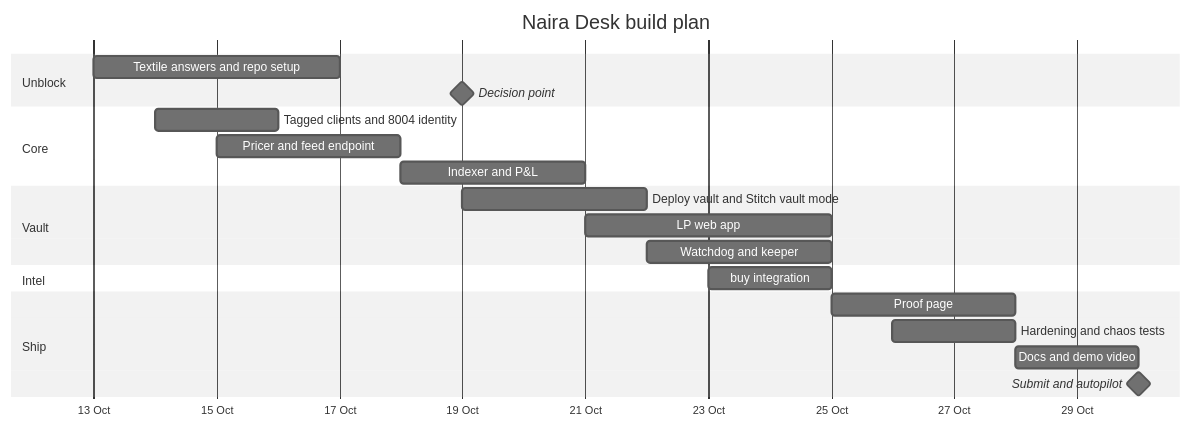
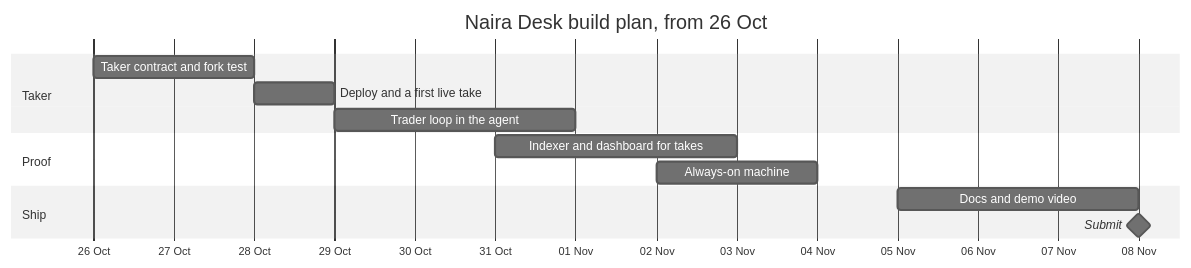
Diagram 11 of 11 in docs/ARCHITECTURE.md (Kanasjnr/naira-desk), drawn with Mermaid (neutral theme) before and after one commit. The commit also changed other lines of this file and 1 other file, not shown here.

Commit message:
docs: the desk makes and takes

````diff
--- a/docs/ARCHITECTURE.md
+++ b/docs/ARCHITECTURE.md
@@ -629,24 +521,16 @@
 ```mermaid
 gantt
-  title Naira Desk build plan
+  title Naira Desk build plan, from 26 Oct
   dateFormat YYYY-MM-DD
   axisFormat %d %b
-  section Unblock
-  Textile answers and repo setup      :u1, 2026-10-13, 4d
-  Decision point                      :milestone, m1, 2026-10-19, 0d
-  section Core
-  Tagged clients and 8004 identity    :c1, 2026-10-14, 2d
-  Pricer and feed endpoint            :c2, 2026-10-15, 3d
-  Indexer and P&L                     :c3, 2026-10-18, 3d
-  section Vault
-  Deploy vault and Stitch vault mode  :v1, 2026-10-19, 3d
-  LP web app                          :v2, 2026-10-21, 4d
-  Watchdog and keeper                 :v3, 2026-10-22, 3d
-  section Intel
-  buy integration                     :b1, 2026-10-23, 2d
+  section Taker
+  Taker contract and fork test     :t1, 2026-10-26, 2d
+  Deploy and a first live take     :t2, 2026-10-28, 1d
+  Trader loop in the agent         :t3, 2026-10-29, 3d
+  section Proof
+  Indexer and dashboard for takes  :p1, 2026-10-31, 3d
+  Always-on machine                :p2, 2026-11-02, 2d
   section Ship
-  Proof page                          :s1, 2026-10-25, 3d
-  Hardening and chaos tests           :s2, 2026-10-26, 2d
-  Docs and demo video                 :s3, 2026-10-28, 2d
-  Submit and autopilot                :milestone, m2, 2026-10-30, 0d
+  Docs and demo video              :s1, 2026-11-05, 3d
+  Submit                           :milestone, m1, 2026-11-08, 0d
 ```
````
